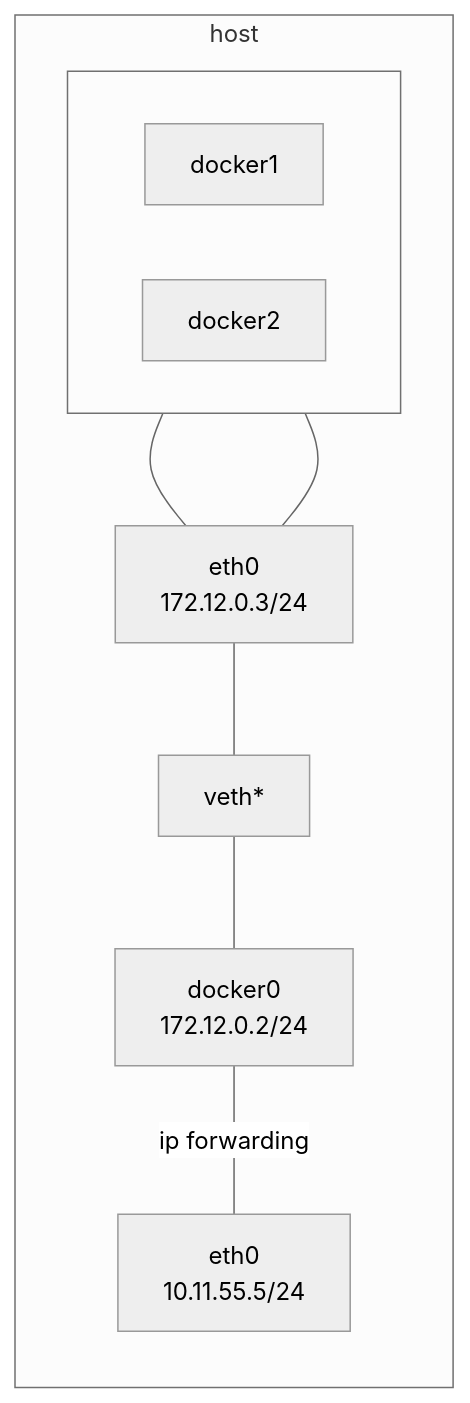
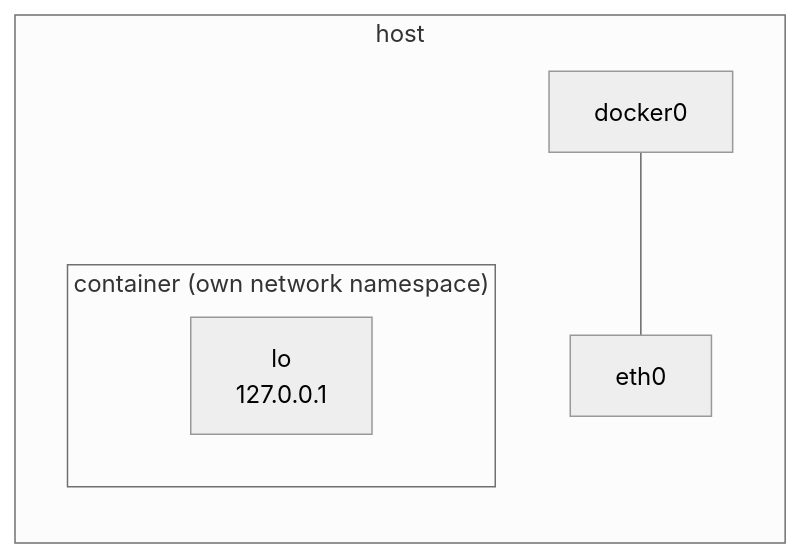
One commit to e-choness/portfolio-site changed the fifth of 5 diagrams in _posts/2025-07-14-chapter-1-8-docker-network.md. Above: the diagram before and after it, drawn with Mermaid (neutral theme). The commit also changed other lines of this file and 72 other files, not shown here.

````diff
--- a/_posts/2025-07-14-chapter-1-8-docker-network.md
+++ b/_posts/2025-07-14-chapter-1-8-docker-network.md
@@ -261,23 +201,12 @@
 ```mermaid
 flowchart TB
-    subgraph host["host"]
+    subgraph HOST["host"]
         direction TB
-        
-        subgraph containers[" "]
-            direction LR
-            docker1["docker1"]
-            docker2["docker2"]
+        subgraph C["container (own network namespace)"]
+            LO["lo<br/>127.0.0.1"]
         end
-        
-        eth0_c["eth0<br/>172.12.0.3/24"]
-        veth["veth*"]
-        docker0["docker0<br/>172.12.0.2/24"]
-        eth0_h["eth0<br/>10.11.55.5/24"]
-        
-        docker1 --- eth0_c
-        docker2 --- eth0_c
-        eth0_c --- veth
-        veth --- docker0
-        docker0 --- |"ip forwarding"| eth0_h
+        DOCKER0["docker0"]
+        ETH0["eth0"]
+        DOCKER0 --- ETH0
     end
 ```
````
